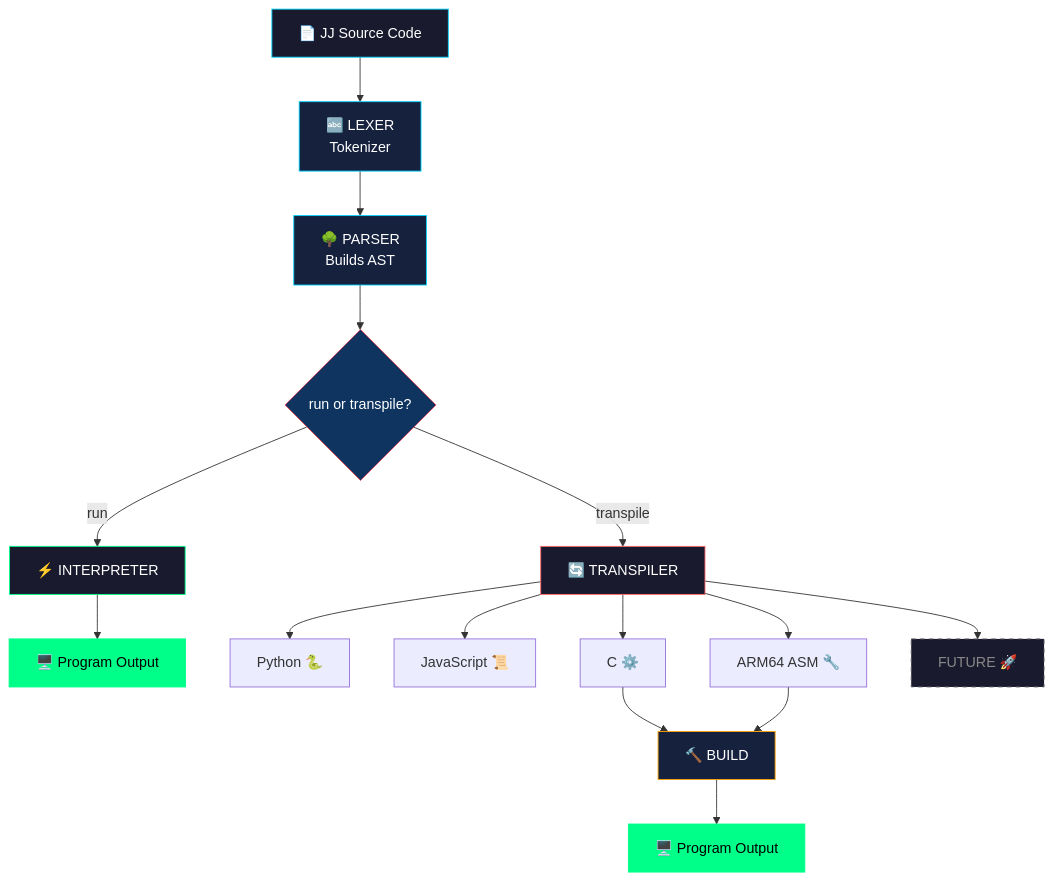
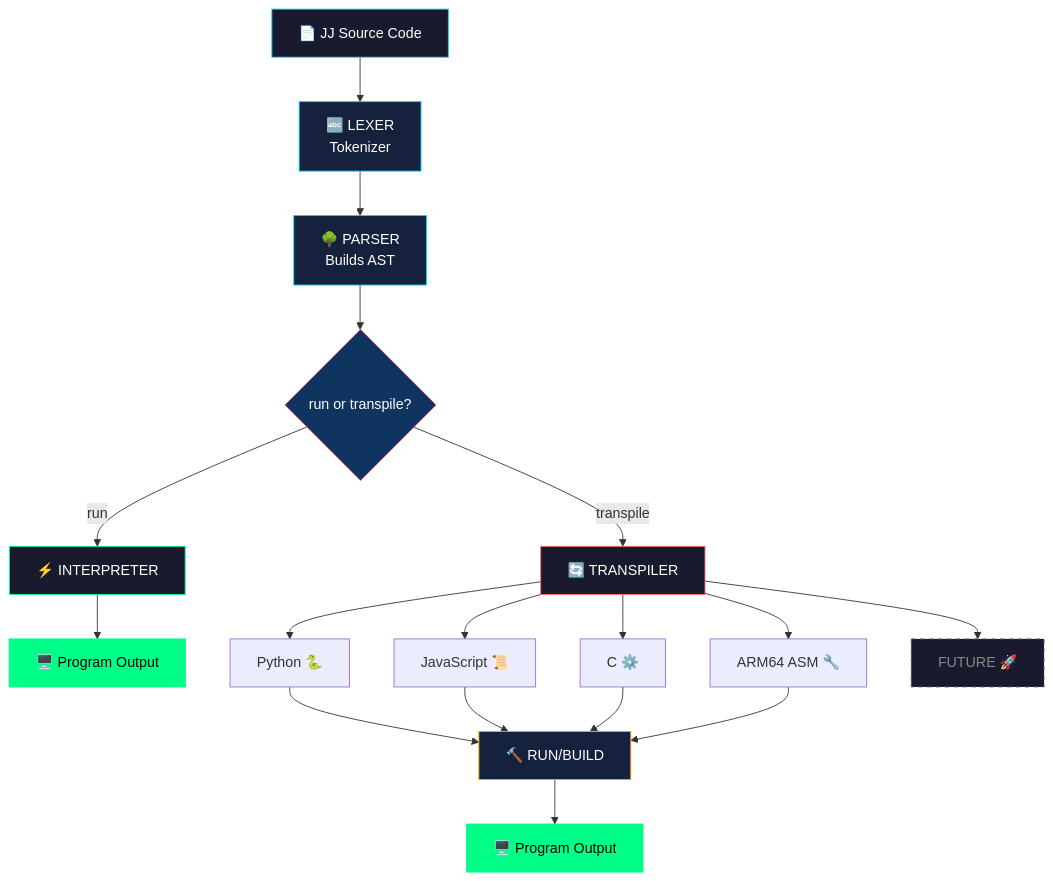
Before and after one commit to SuperBox64/JibberJabber: the diagram in README.md, drawn with Mermaid.

Commit message:
Add Python and JavaScript to RUN/BUILD step

````diff
--- a/README.md
+++ b/README.md
@@ -350,32 +350,34 @@
 ```mermaid
 flowchart TD
     A[📄 JJ Source Code] --> B[🔤 LEXER<br>Tokenizer]
     B --> C[🌳 PARSER<br>Builds AST]
     C --> D{run or transpile?}
 
     D -->|run| E[⚡ INTERPRETER]
     E --> F[🖥️ Program Output]
 
     D -->|transpile| G[🔄 TRANSPILER]
     G --> H[Python 🐍]
     G --> I[JavaScript 📜]
     G --> J[C ⚙️]
     G --> K[ARM64 ASM 🔧]
     G --> L[FUTURE 🚀]
 
-    J --> M[🔨 BUILD]
+    H --> M[🔨 RUN/BUILD]
+    I --> M
+    J --> M
     K --> M
     M --> N[🖥️ Program Output]
 
     style L fill:#1a1a2e,stroke:#666,color:#888,stroke-dasharray: 5 5
     style M fill:#16213e,stroke:#ffa500,color:#fff
     style N fill:#00ff88,stroke:#00ff88,color:#000
 
     style A fill:#1a1a2e,stroke:#00d4ff,color:#fff
     style B fill:#16213e,stroke:#00d4ff,color:#fff
     style C fill:#16213e,stroke:#00d4ff,color:#fff
     style D fill:#0f3460,stroke:#e94560,color:#fff
     style E fill:#1a1a2e,stroke:#00ff88,color:#fff
     style F fill:#00ff88,stroke:#00ff88,color:#000
     style G fill:#1a1a2e,stroke:#ff6b6b,color:#fff
 ```
````
